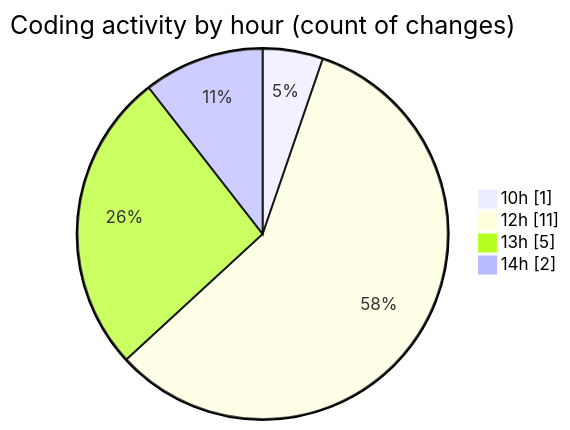
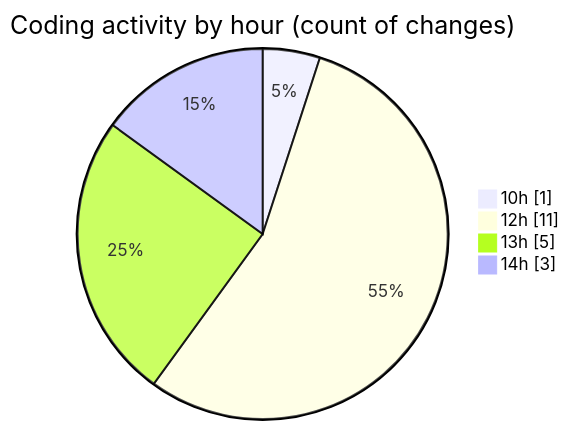
One commit to nxtqubesakshisongat/code-tracking changed the second of 2 diagrams in 2026-01-12/nxtqube_webapp/README.md. Above: the diagram before and after it, drawn with Mermaid. The commit also changed other lines of this file and 1 other file, not shown here.

````diff
--- a/2026-01-12/nxtqube_webapp/README.md
+++ b/2026-01-12/nxtqube_webapp/README.md
@@ -32,8 +32,8 @@
 ```mermaid
 pie showData
 title Coding activity by hour (count of changes)
 "10h" : 1
 "12h" : 11
 "13h" : 5
-"14h" : 2
+"14h" : 3
 ```
````
